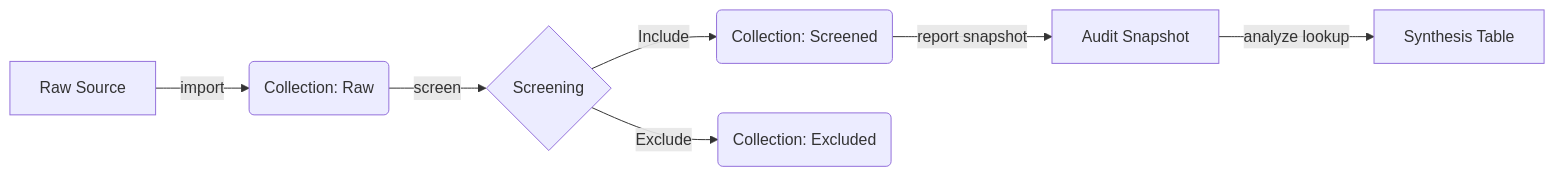
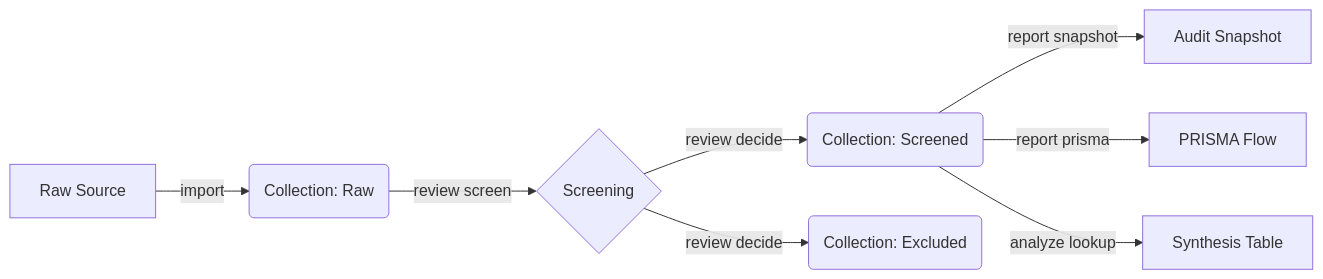
Before and after one commit to fchicout/zotero-cli: the diagram in README.md, drawn with Mermaid. The commit also changed other lines of this file and 17 other files, not shown here.

````diff
--- a/README.md
+++ b/README.md
@@ -18,9 +19,10 @@
 ```mermaid
 graph LR
     A[Raw Source] -->|import| B(Collection: Raw)
-    B -->|screen| C{Screening}
-    C -->|Include| D(Collection: Screened)
-    C -->|Exclude| E(Collection: Excluded)
+    B -->|review screen| C{Screening}
+    C -->|review decide| D(Collection: Screened)
+    C -->|review decide| E(Collection: Excluded)
     D -->|report snapshot| F[Audit Snapshot]
-    F -->|analyze lookup| G[Synthesis Table]
+    D -->|report prisma| G[PRISMA Flow]
+    D -->|analyze lookup| H[Synthesis Table]
 ```
````
